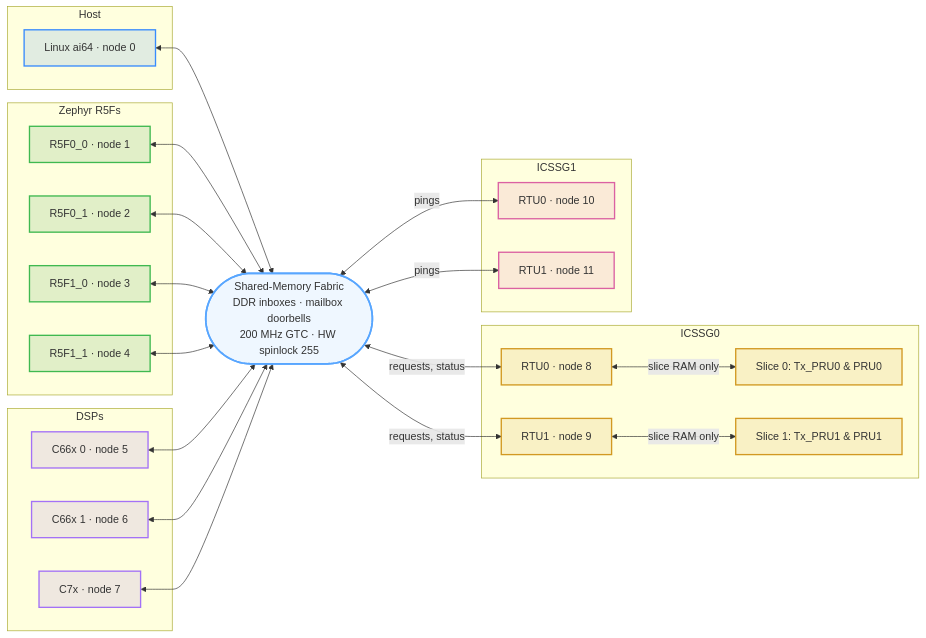
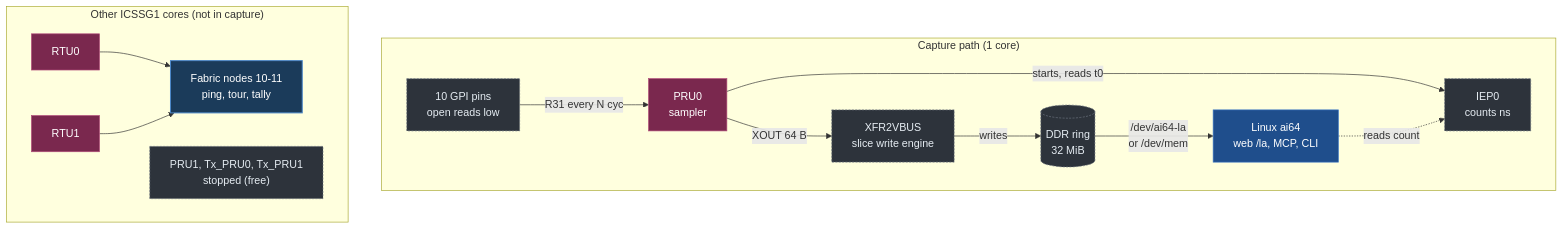
Before and after one commit to kevinacahalan/BeagleBoneAI64-linux-zephyr-pru-c7x-c66x-demo: the third of 4 diagrams in README.md, drawn with Mermaid. The commit also changed other lines of this file, not shown here.

Commit message:
Docs: refine README architecture diagrams (flat colors, ICSSG0 layout, separate ICSSG1 options)

````diff
--- a/README.md
+++ b/README.md
@@ -181,51 +230,24 @@
 ```mermaid
-flowchart LR
-  classDef host fill:#1f6feb22,stroke:#388bfd,stroke-width:2px
-  classDef r5 fill:#23863622,stroke:#3fb950,stroke-width:2px
-  classDef dsp fill:#8957e522,stroke:#a371f7,stroke-width:2px
-  classDef g0 fill:#d2992222,stroke:#d29922,stroke-width:2px
-  classDef g1 fill:#db61a222,stroke:#db61a2,stroke-width:2px
-  classDef fab fill:#58a6ff18,stroke:#58a6ff,stroke-width:2.5px
+flowchart TB
+  classDef host fill:#1f4e8c,stroke:#3b76c4,stroke-width:1px,color:#ffffff
+  classDef g1la fill:#7a284e,stroke:#b04a78,stroke-width:1px,color:#ffffff
+  classDef periph fill:#2d333b,stroke:#6e7681,stroke-width:1px,stroke-dasharray:3 2,color:#e6edf3
+  classDef fab fill:#1b3b5a,stroke:#4a86c8,stroke-width:1.5px,color:#ffffff
 
-  fab(["Shared-Memory Fabric<br/>DDR inboxes · mailbox doorbells<br/>200 MHz GTC · HW spinlock 255"]):::fab
-
-  subgraph H["Host"]
-    l["Linux ai64 · node 0"]:::host
-  end
-  subgraph R["Zephyr R5Fs"]
-    r500["R5F0_0 · node 1"]:::r5
-    r501["R5F0_1 · node 2"]:::r5
-    r510["R5F1_0 · node 3"]:::r5
-    r511["R5F1_1 · node 4"]:::r5
-  end
-  subgraph D["DSPs"]
-    c660["C66x 0 · node 5"]:::dsp
-    c661["C66x 1 · node 6"]:::dsp
-    c7x["C7x · node 7"]:::dsp
-  end
-  subgraph G0F["ICSSG0"]
-    rtu0["RTU0 · node 8"]:::g0
-    rtu1["RTU1 · node 9"]:::g0
-    s0["Slice 0: Tx_PRU0 & PRU0"]:::g0
-    s1["Slice 1: Tx_PRU1 & PRU1"]:::g0
-  end
-  subgraph G1F["ICSSG1"]
-    g1r0["RTU0 · node 10"]:::g1
-    g1r1["RTU1 · node 11"]:::g1
+  subgraph CAP["Capture path (1 core)"]
+    direction LR
+    pins["10 GPI pins<br/>open reads low"]:::periph -->|"R31 every N cyc"| lapru["PRU0<br/>sampler"]:::g1la
+    lapru -->|"starts, reads t0"| g1iep["IEP0<br/>counts ns"]:::periph
+    lapru -->|"XOUT 64 B"| lax2v["XFR2VBUS<br/>slice write engine"]:::periph
+    lax2v -->|"writes"| ddr[("DDR ring<br/>32 MiB")]:::periph
+    ddr -->|"/dev/ai64-la<br/>or /dev/mem"| lahost["Linux ai64<br/>web /la, MCP, CLI"]:::host
+    lahost -.->|"reads count"| g1iep
   end
 
-  l <--> fab
-  r500 <--> fab
-  r501 <--> fab
-  r510 <--> fab
-  r511 <--> fab
-  c660 <--> fab
-  c661 <--> fab
-  c7x <--> fab
-  fab <-->|"requests, status"| rtu0
-  fab <-->|"requests, status"| rtu1
-  rtu0 <-->|"slice RAM only"| s0
-  rtu1 <-->|"slice RAM only"| s1
-  fab <-->|"pings"| g1r0
-  fab <-->|"pings"| g1r1
+  subgraph OTHER["Other ICSSG1 cores (not in capture)"]
+    direction LR
+    g1r0["RTU0"]:::g1la --> g1fab["Fabric nodes 10-11<br/>ping, tour, tally"]:::fab
+    g1r1["RTU1"]:::g1la --> g1fab
+    g1free["PRU1, Tx_PRU0, Tx_PRU1<br/>stopped (free)"]:::periph
+  end
 ```
````
